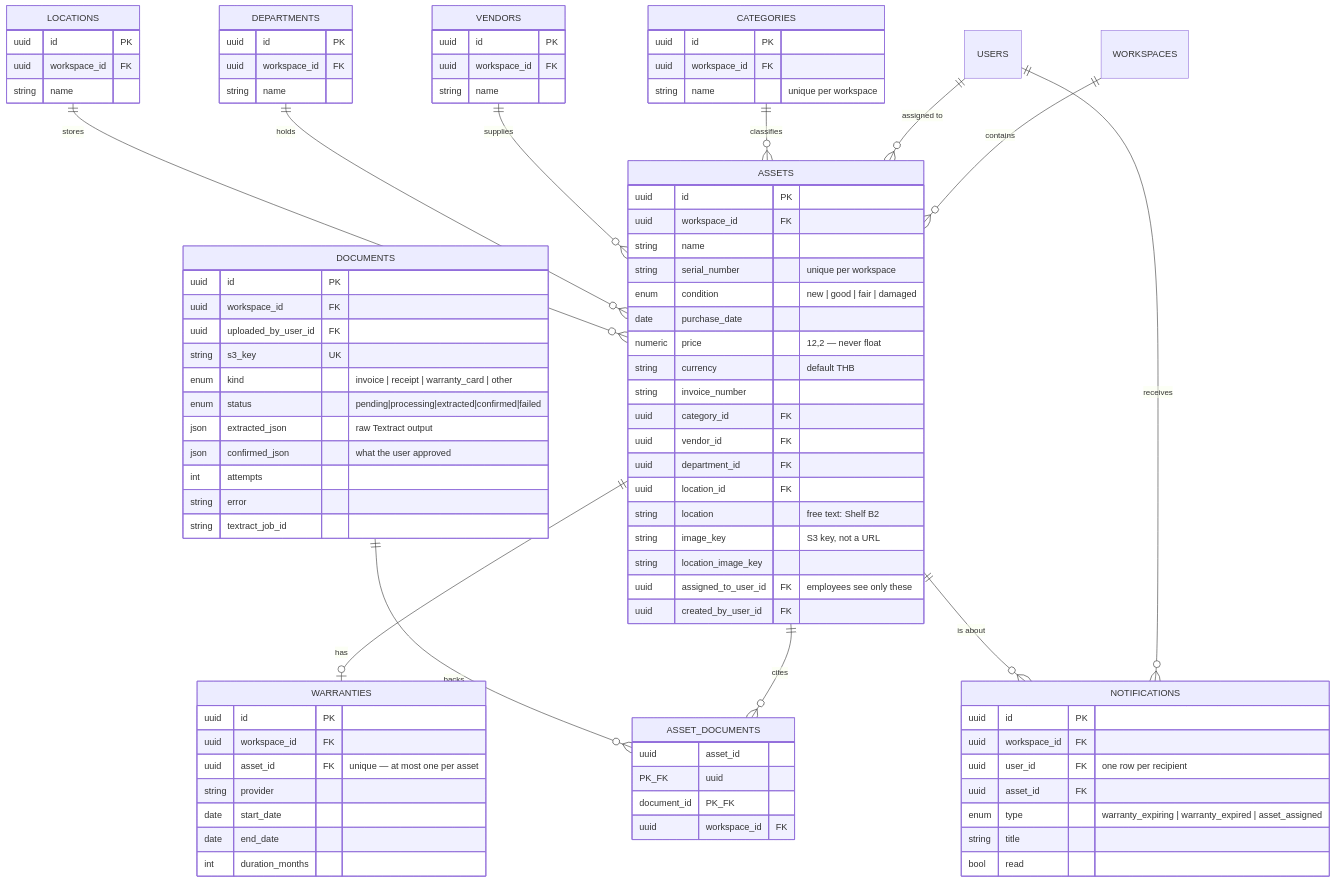
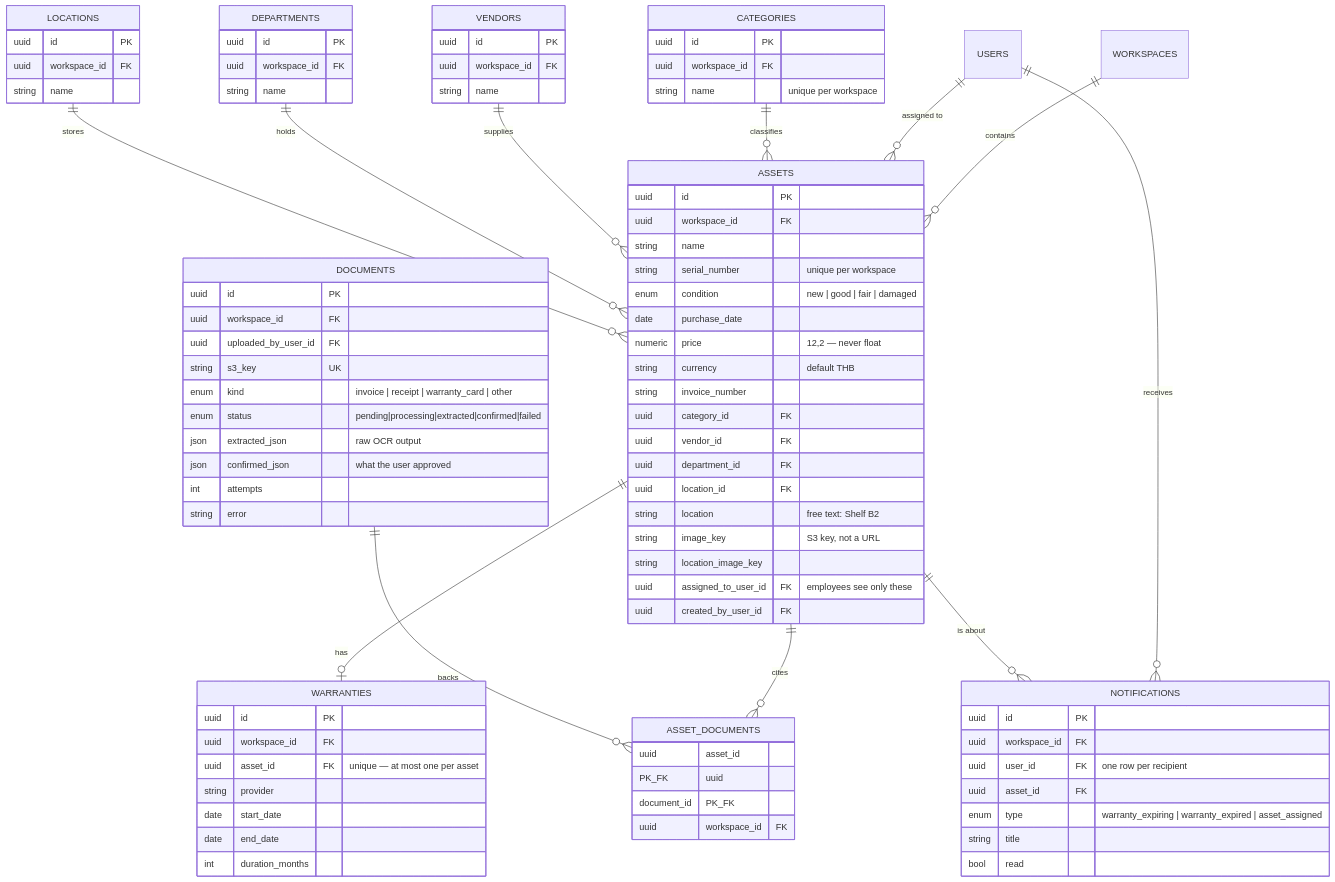
Before and after one commit to Bhuchi/warrantytrack: the second of 2 diagrams in docs/erd.md, drawn with Mermaid. The commit also changed 21 other files, not shown here.

First line of the commit message:
refactor: remove Textract and use Bedrock as the only OCR backend

```diff
--- a/docs/erd.md
+++ b/docs/erd.md
@@ -93,11 +93,10 @@
         string s3_key UK
         enum   kind "invoice | receipt | warranty_card | other"
         enum   status "pending|processing|extracted|confirmed|failed"
-        json   extracted_json "raw Textract output"
+        json   extracted_json "raw OCR output"
         json   confirmed_json "what the user approved"
         int    attempts
         string error
-        string textract_job_id
     }
     ASSET_DOCUMENTS {
         uuid asset_id PK_FK
```
